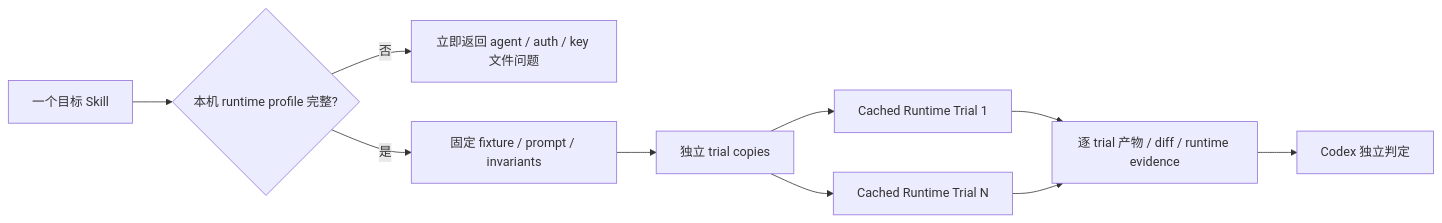
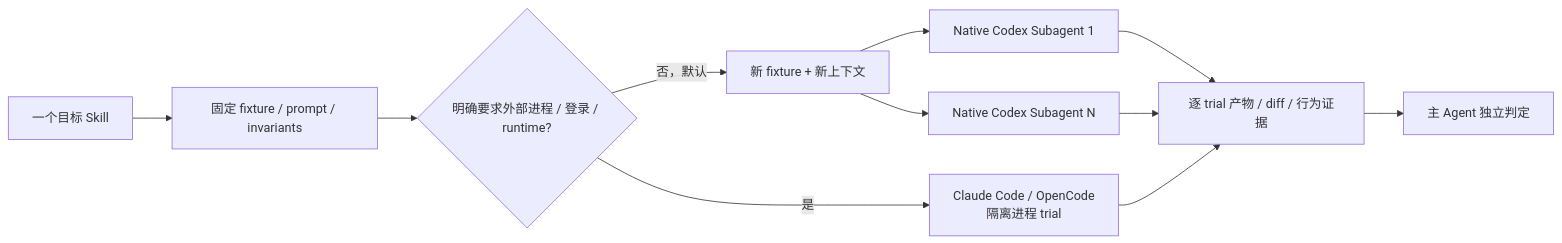
One commit to qiulinfan/qiulinfan.github.io changed the third of 4 diagrams in skills/WORKFLOWS.md. Above: the diagram before and after it, drawn with Mermaid. The commit also changed other lines of this file and 27 other files, not shown here.

````diff
--- a/skills/WORKFLOWS.md
+++ b/skills/WORKFLOWS.md
@@ -56,12 +56,13 @@
 ```mermaid
 flowchart LR
-    Skill["一个目标 Skill"] --> Profile{"本机 runtime profile 完整?"}
-    Profile -->|否| Ask["立即返回 agent / auth / key 文件问题"]
-    Profile -->|是| Contract["固定 fixture / prompt / invariants"]
-    Contract --> Copies["独立 trial copies"]
-    Copies --> T1["Cached Runtime Trial 1"]
-    Copies --> T2["Cached Runtime Trial N"]
-    T1 --> Evidence["逐 trial 产物 / diff / runtime evidence"]
+    Skill["一个目标 Skill"] --> Contract["固定 fixture / prompt / invariants"]
+    Contract --> Runtime{"明确要求外部进程 / 登录 / runtime?"}
+    Runtime -->|否，默认| Copies["新 fixture + 新上下文"]
+    Runtime -->|是| External["Claude Code / OpenCode<br/>隔离进程 trial"]
+    Copies --> T1["Native Codex Subagent 1"]
+    Copies --> T2["Native Codex Subagent N"]
+    T1 --> Evidence["逐 trial 产物 / diff / 行为证据"]
     T2 --> Evidence
-    Evidence --> Verdict["Codex 独立判定"]
+    External --> Evidence
+    Evidence --> Verdict["主 Agent 独立判定"]
 ```
````
